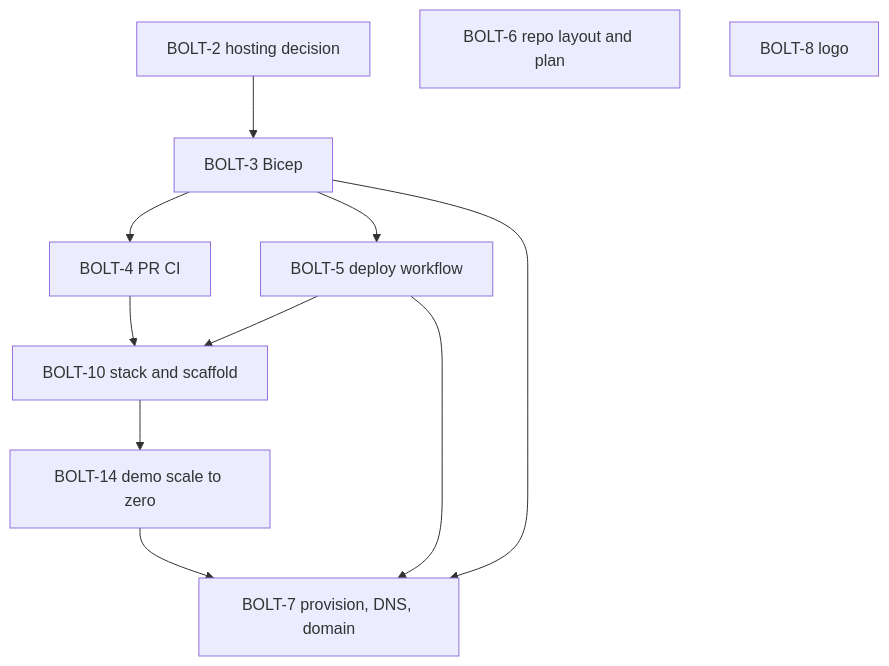
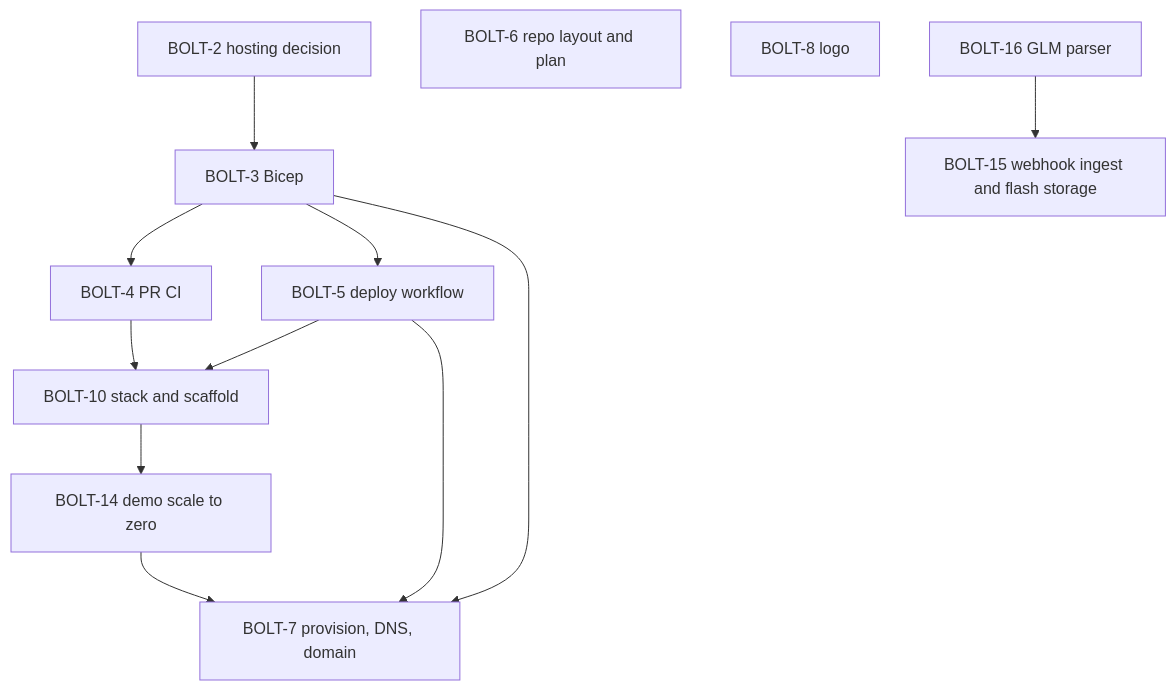
The diagram in docs/plan.md (henrique-meyer/boltclock), drawn with Mermaid before and after one commit. The commit also changed other lines of this file and 14 other files, not shown here.

First line of the commit message:
BOLT-16 Add the GLM-L2-LCFA parser, tested against a real file

````diff
--- a/docs/plan.md
+++ b/docs/plan.md
@@ -15,21 +15,24 @@
 ```mermaid
 flowchart TD
   s2[BOLT-2 hosting decision]
   s3[BOLT-3 Bicep]
   s4[BOLT-4 PR CI]
   s5[BOLT-5 deploy workflow]
   s6[BOLT-6 repo layout and plan]
   s7[BOLT-7 provision, DNS, domain]
   s8[BOLT-8 logo]
   s10[BOLT-10 stack and scaffold]
   s14[BOLT-14 demo scale to zero]
+  s15[BOLT-15 webhook ingest and flash storage]
+  s16[BOLT-16 GLM parser]
   s2 --> s3
   s4 --> s10
   s5 --> s10
   s3 --> s4
   s3 --> s5
   s3 --> s7
   s5 --> s7
   s10 --> s14
   s14 --> s7
+  s16 --> s15
 ```
````
